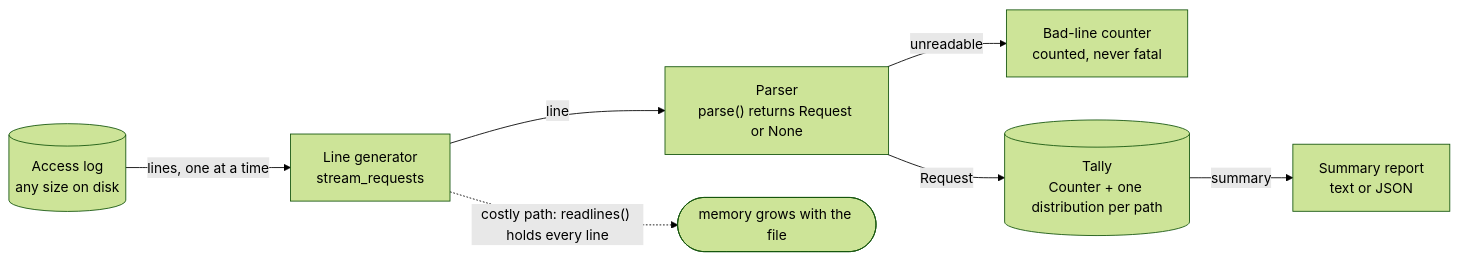
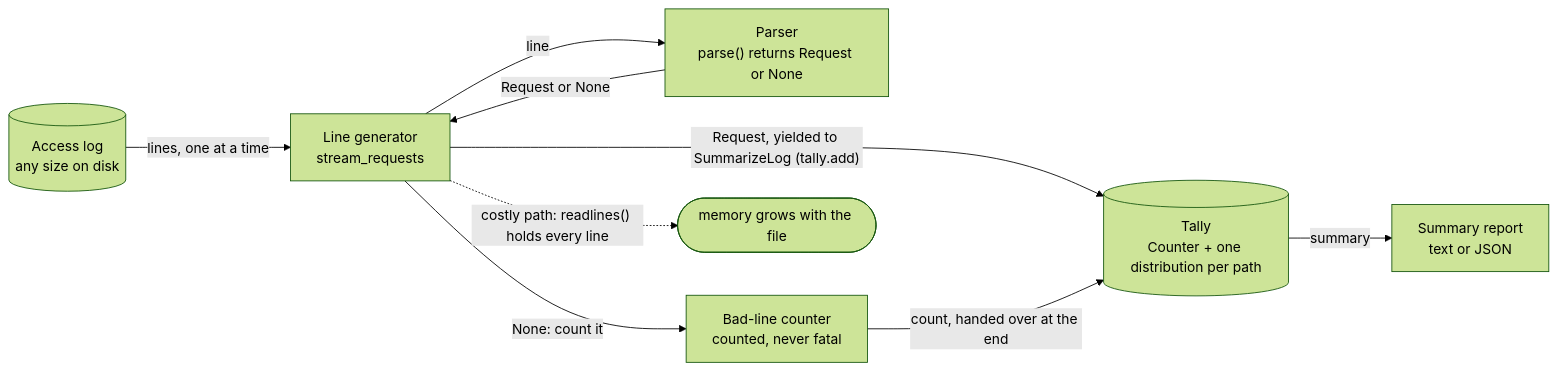
The diagram in ARCHITECTURE.md (plainround-projects/python-log-summarizer), drawn with Mermaid (forest theme) before and after one commit. The commit also changed 1 other file, not shown here.

Commit message:
docs: align the architecture notes with the code

````diff
--- a/ARCHITECTURE.md
+++ b/ARCHITECTURE.md
@@ -29,9 +29,11 @@
 ```mermaid
 flowchart LR
     log[("Access log<br/>any size on disk")] -->|"lines, one at a time"| reader["Line generator<br/>stream_requests"]
     reader -->|line| parse["Parser<br/>parse() returns Request or None"]
-    parse -->|"unreadable"| bad["Bad-line counter<br/>counted, never fatal"]
-    parse -->|Request| tally[("Tally<br/>Counter + one distribution per path")]
+    parse -->|"Request or None"| reader
+    reader -->|"None: count it"| bad["Bad-line counter<br/>counted, never fatal"]
+    reader -->|"Request, yielded to SummarizeLog (tally.add)"| tally[("Tally<br/>Counter + one distribution per path")]
+    bad -->|"count, handed over at the end"| tally
     tally -->|summary| report["Summary report<br/>text or JSON"]
     reader -. "costly path: readlines() holds every line" .-> mem(["memory grows with the file"])
 ```
````
